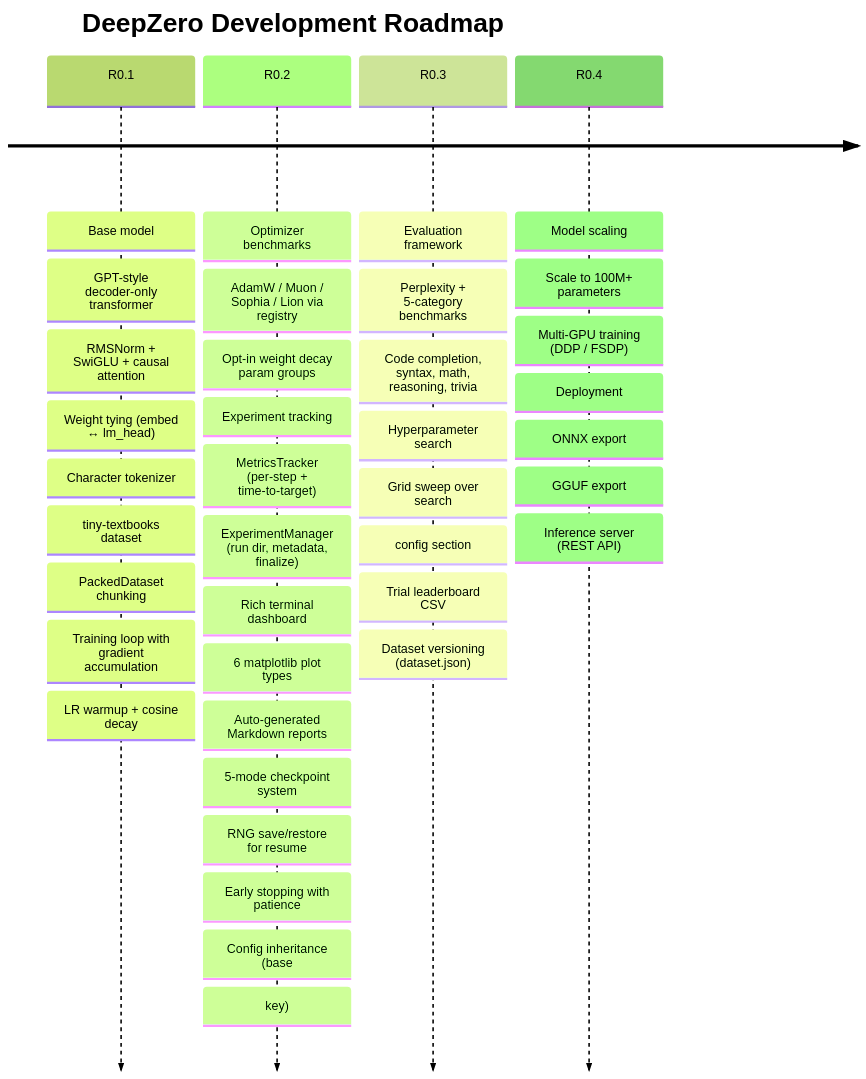
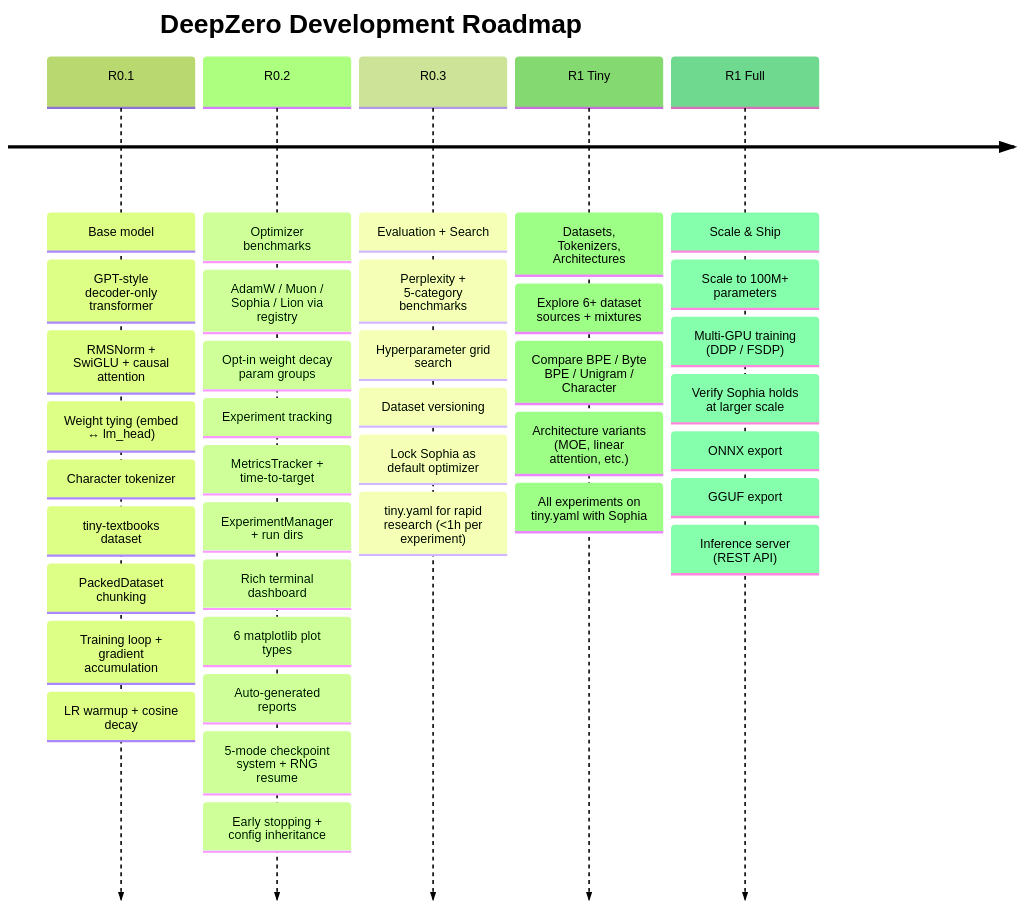
Before and after one commit to ChewyKyoko/DeepZero: the diagram in docs/roadmap.md, drawn with Mermaid (forest theme). The commit also changed other lines of this file and 3 other files, not shown here.

Commit message:
lock Sophia as default optimizer, update roadmap with two-track plan (R1 Tiny / R1 Full)

````diff
--- a/docs/roadmap.md
+++ b/docs/roadmap.md
@@ -3,44 +3,47 @@
 ```mermaid
 timeline
     title DeepZero Development Roadmap
 
     R0.1 : Base model
          : GPT-style decoder-only transformer
          : RMSNorm + SwiGLU + causal attention
          : Weight tying (embed ↔ lm_head)
          : Character tokenizer
          : tiny-textbooks dataset
          : PackedDataset chunking
-         : Training loop with gradient accumulation
+         : Training loop + gradient accumulation
          : LR warmup + cosine decay
 
     R0.2 : Optimizer benchmarks
          : AdamW / Muon / Sophia / Lion via registry
          : Opt-in weight decay param groups
          : Experiment tracking
-         : MetricsTracker (per-step + time-to-target)
-         : ExperimentManager (run dir, metadata, finalize)
+         : MetricsTracker + time-to-target
+         : ExperimentManager + run dirs
          : Rich terminal dashboard
          : 6 matplotlib plot types
-         : Auto-generated Markdown reports
-         : 5-mode checkpoint system
-         : RNG save/restore for resume
-         : Early stopping with patience
-         : Config inheritance (base: key)
+         : Auto-generated reports
+         : 5-mode checkpoint system + RNG resume
+         : Early stopping + config inheritance
 
-    R0.3 : Evaluation framework
+    R0.3 : Evaluation + Search
          : Perplexity + 5-category benchmarks
-         : Code completion, syntax, math, reasoning, trivia
-         : Hyperparameter search
-         : Grid sweep over search: config section
-         : Trial leaderboard CSV
-         : Dataset versioning (dataset.json)
+         : Hyperparameter grid search
+         : Dataset versioning
+         : Lock Sophia as default optimizer
+         : tiny.yaml for rapid research (<1h per experiment)
 
-    R0.4 : Model scaling
-         : Scale to 100M+ parameters
-         : Multi-GPU training (DDP / FSDP)
-         : Deployment
-         : ONNX export
-         : GGUF export
-         : Inference server (REST API)
+    R1 Tiny : Datasets, Tokenizers, Architectures
+            : Explore 6+ dataset sources + mixtures
+            : Compare BPE / Byte BPE / Unigram / Character
+            : Architecture variants (MOE, linear attention, etc.)
+            : All experiments on tiny.yaml with Sophia
+
+    R1 Full : Scale & Ship
+             : Scale to 100M+ parameters
+             : Multi-GPU training (DDP / FSDP)
+             : Verify Sophia holds at larger scale
+             : ONNX export
+             : GGUF export
+             : Inference server (REST API)
 ```
````
